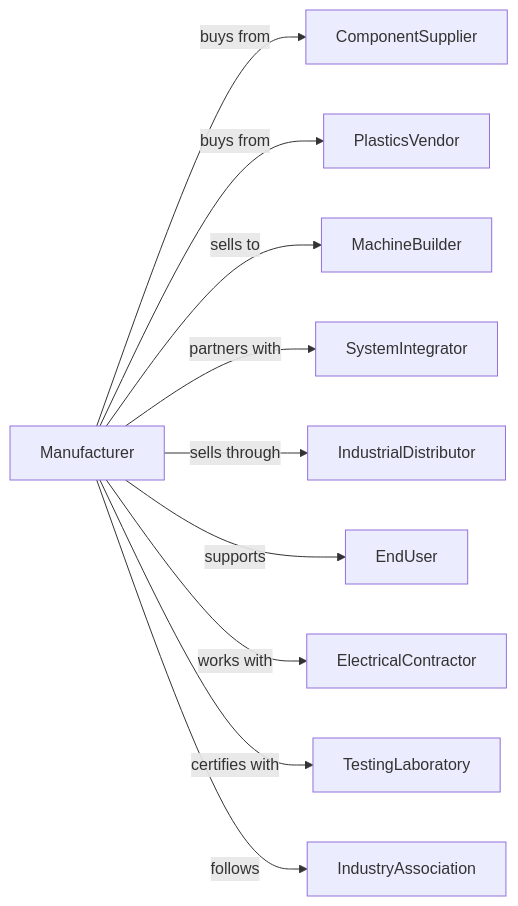
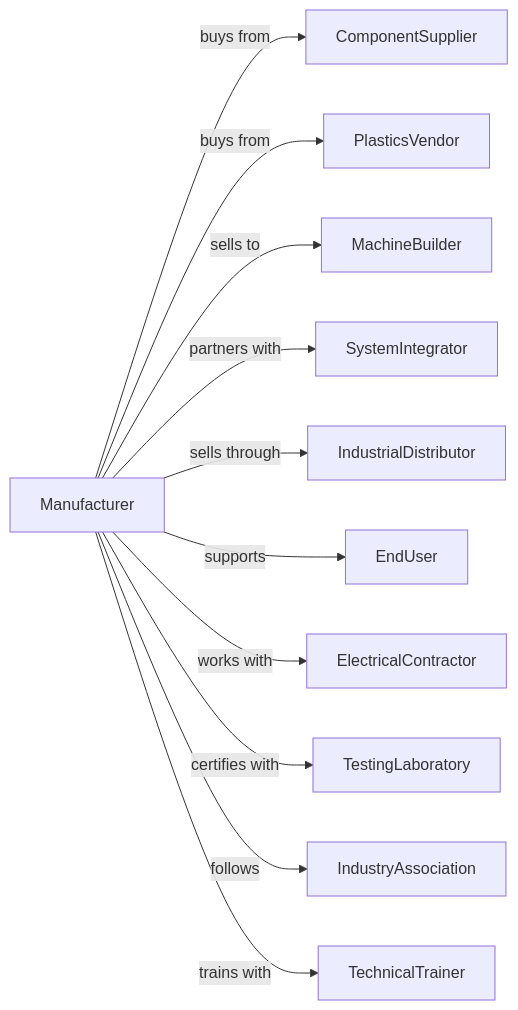
Before and after one commit to dot-org-ai/industries.org.ai: the second of 2 diagrams in Manufacturing/ElectricalEquipmentApplianceAndComponentManufacturing/ElectricalEquipmentManufacturing/RelayAndIndustrialControlManufacturing.mdx, drawn with Mermaid. The commit also changed 588 other files, not shown here.

````diff
--- a/Manufacturing/ElectricalEquipmentApplianceAndComponentManufacturing/ElectricalEquipmentManufacturing/RelayAndIndustrialControlManufacturing.mdx
+++ b/Manufacturing/ElectricalEquipmentApplianceAndComponentManufacturing/ElectricalEquipmentManufacturing/RelayAndIndustrialControlManufacturing.mdx
@@ -136,14 +136,15 @@
 ```mermaid
 graph LR
     M[Manufacturer]
 
     M -->|buys from| ComponentSupplier
     M -->|buys from| PlasticsVendor
     M -->|sells to| MachineBuilder
     M -->|partners with| SystemIntegrator
     M -->|sells through| IndustrialDistributor
     M -->|supports| EndUser
     M -->|works with| ElectricalContractor
     M -->|certifies with| TestingLaboratory
     M -->|follows| IndustryAssociation
+    M -->|trains with| TechnicalTrainer
 ```
````
